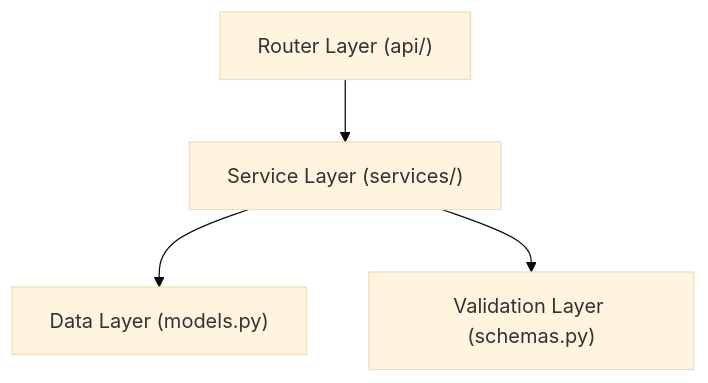
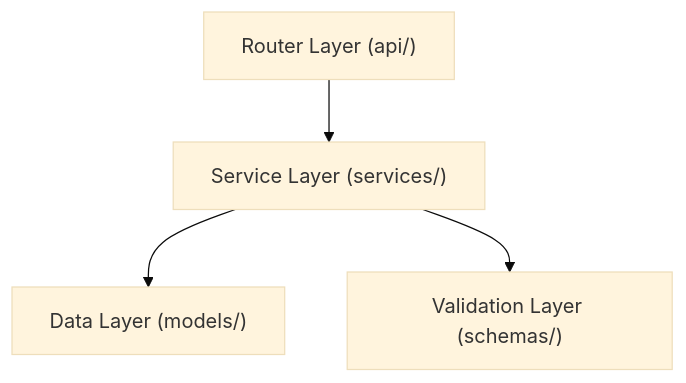
Before and after one commit to jvastenaekels/libre-q: the diagram in docs/contributing/backend-guidelines.md, drawn with Mermaid (base theme). The commit also changed other lines of this file and 26 other files, not shown here.

````diff
--- a/docs/contributing/backend-guidelines.md
+++ b/docs/contributing/backend-guidelines.md
@@ -9,6 +9,6 @@
 ```mermaid
 graph TD
     Router["Router Layer (api/)"] --> Service["Service Layer (services/)"]
-    Service --> Model["Data Layer (models.py)"]
-    Service --> Schema["Validation Layer (schemas.py)"]
+    Service --> Model["Data Layer (models/)"]
+    Service --> Schema["Validation Layer (schemas/)"]
 ```
````
